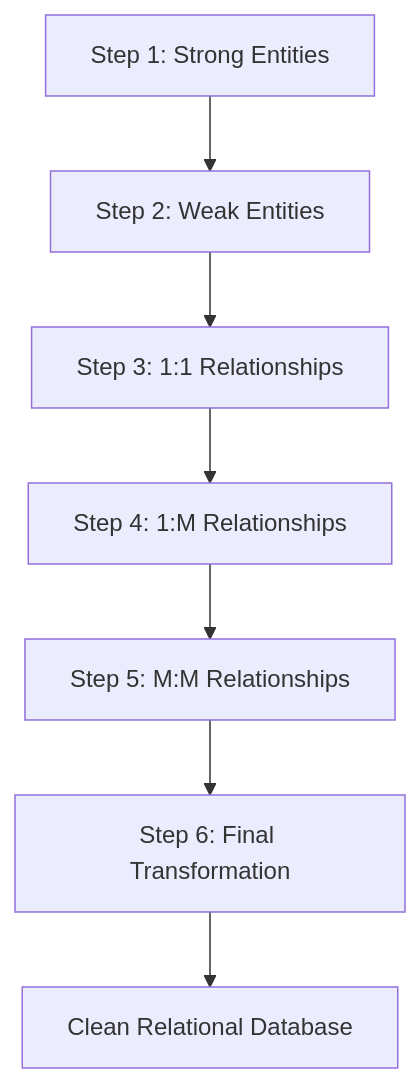
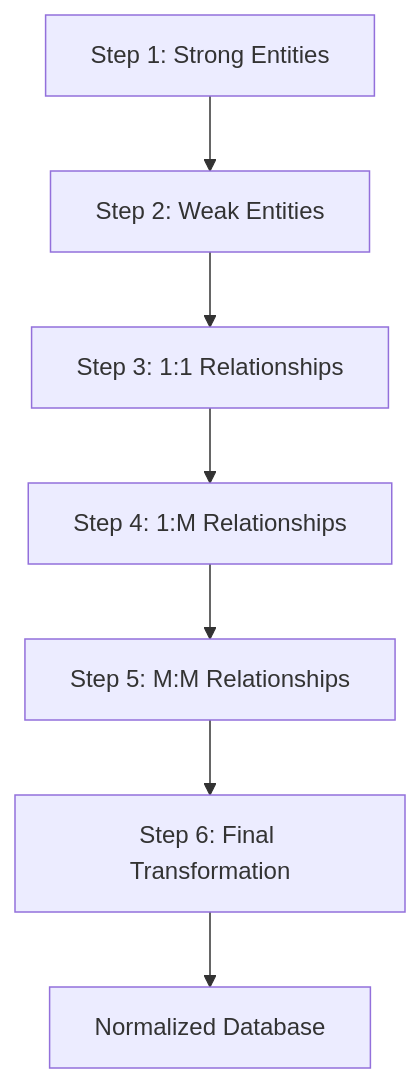
One commit to floreslog/database-modeling-guide changed the first of 2 diagrams in README.md. Above: the diagram before and after it, drawn with Mermaid. The commit also changed other lines of this file, not shown here.

````diff
--- a/README.md
+++ b/README.md
@@ -31,11 +35,11 @@
 ```mermaid
 flowchart TD
 
 A[Step 1: Strong Entities] --> B[Step 2: Weak Entities]
 B --> C[Step 3: 1:1 Relationships]
 C --> D[Step 4: 1:M Relationships]
 D --> E[Step 5: M:M Relationships]
 E --> F[Step 6: Final Transformation]
 
-F --> G[Clean Relational Database]
+F --> G[Normalized Database]
 ```
````
